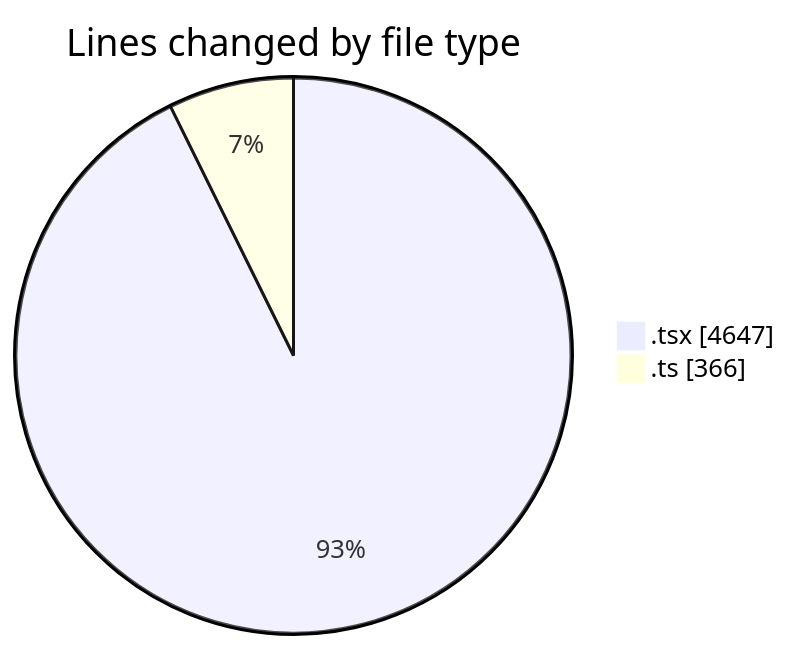
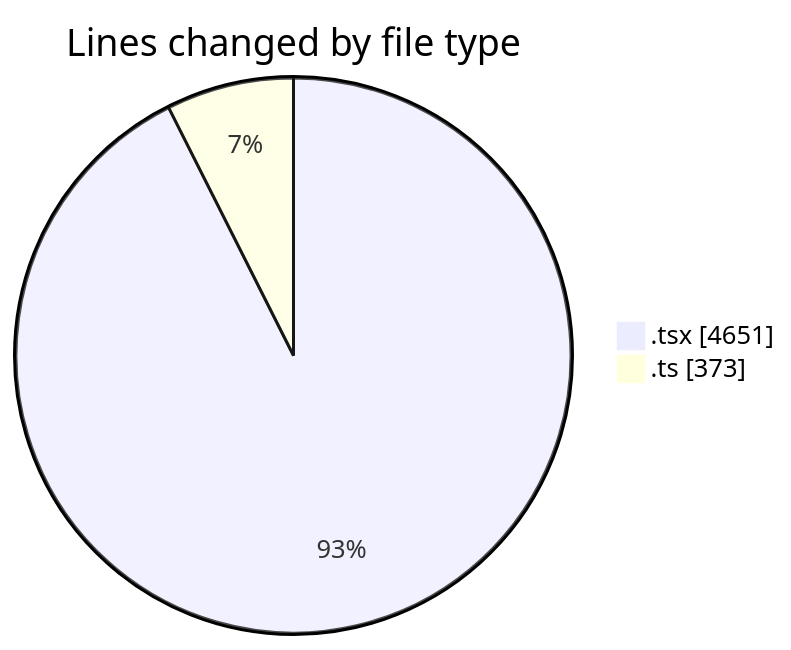
One commit to nxtqubesakshisongat/code-tracking changed the first of 2 diagrams in 2026-03-15/nxtqube_webapp/README.md. Above: the diagram before and after it, drawn with Mermaid. The commit also changed other lines of this file and 1 other file, not shown here.

````diff
--- a/2026-03-15/nxtqube_webapp/README.md
+++ b/2026-03-15/nxtqube_webapp/README.md
@@ -25,6 +25,6 @@
 ```mermaid
 pie showData
 title Lines changed by file type
-".tsx" : 4647
-".ts" : 366
+".tsx" : 4651
+".ts" : 373
 ```
````
